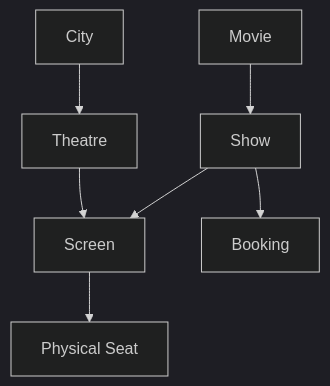
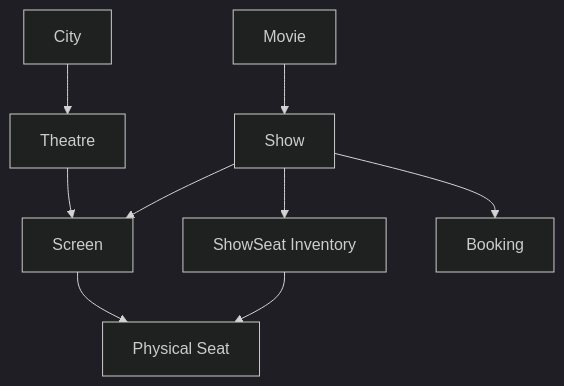
One commit to Shravan-509/BookMyShow changed the fourth of 9 diagrams in docs/DIAGRAMS.md. Above: the diagram before and after it, drawn with Mermaid (dark theme). The commit also changed other lines of this file and 10 other files, not shown here.

````diff
--- a/docs/DIAGRAMS.md
+++ b/docs/DIAGRAMS.md
@@ -43,9 +43,11 @@
 ```mermaid
 flowchart TD
     City["City"] --> Theatre["Theatre"]
     Theatre --> Screen["Screen"]
     Screen --> Seat["Physical Seat"]
     Movie["Movie"] --> Show["Show"]
     Show --> Screen
+    Show --> ShowSeat["ShowSeat Inventory"]
+    ShowSeat --> Seat
     Show --> Booking["Booking"]
 ```
````
